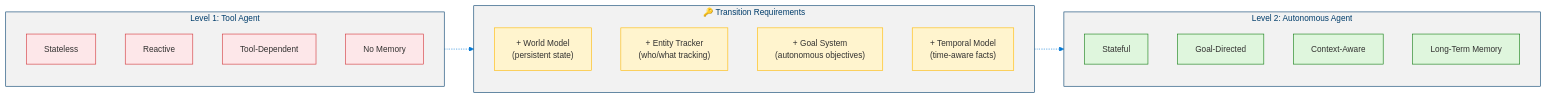
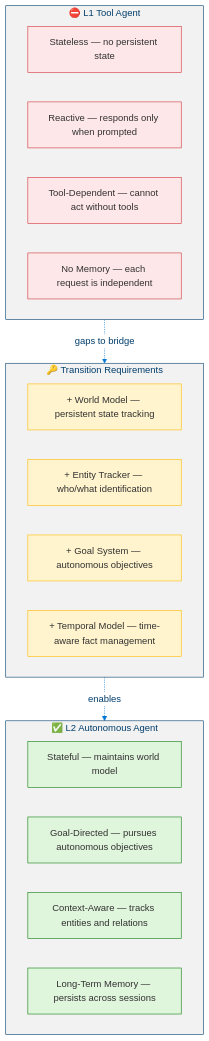
Before and after one commit to dotnetpower/mscp: the sixth of 7 diagrams in docs/levels/Level_1_Tool_Agent.md, drawn with Mermaid. The commit also changed other lines of this file and 2 other files, not shown here.

Commit message:
Enhance Mermaid diagrams in documentation by updating theme variables for improved visual consistency and clarity across Level 1, Level 2, and Level 3 architecture sections.

````diff
--- a/docs/levels/Level_1_Tool_Agent.md
+++ b/docs/levels/Level_1_Tool_Agent.md
@@ -439,34 +441,34 @@
 ```mermaid
-%%{init: {'theme': 'base', 'themeVariables': {'primaryColor': '#0078D4', 'primaryTextColor': '#003D6B', 'primaryBorderColor': '#003D6B', 'secondaryColor': '#50E6FF', 'secondaryTextColor': '#323130', 'secondaryBorderColor': '#00BCF2', 'tertiaryColor': '#F2F2F2', 'tertiaryTextColor': '#323130', 'lineColor': '#0078D4', 'textColor': '#323130', 'mainBkg': '#DEECF9', 'nodeBorder': '#0078D4', 'clusterBkg': '#F2F2F2', 'clusterBorder': '#003D6B', 'titleColor': '#003D6B', 'edgeLabelBackground': '#FFFFFF', 'fontSize': '14px'}}}%%
-flowchart LR
+%%{init: {'theme': 'base', 'themeVariables': {'primaryColor': '#0078D4', 'primaryTextColor': '#003D6B', 'primaryBorderColor': '#003D6B', 'secondaryColor': '#50E6FF', 'secondaryTextColor': '#323130', 'secondaryBorderColor': '#00BCF2', 'tertiaryColor': '#F2F2F2', 'tertiaryTextColor': '#323130', 'lineColor': '#0078D4', 'textColor': '#323130', 'mainBkg': '#DEECF9', 'nodeBorder': '#0078D4', 'clusterBkg': '#F2F2F2', 'clusterBorder': '#003D6B', 'titleColor': '#003D6B', 'edgeLabelBackground': '#FFFFFF', 'fontSize': '16px'}}}%%
+flowchart TB
   classDef danger fill:#D13438,stroke:#A4262C,color:#FFF
   classDef dangerLight fill:#FDE7E9,stroke:#D13438,color:#323130
   classDef warning fill:#FFB900,stroke:#CC9400,color:#323130
   classDef warningLight fill:#FFF4CE,stroke:#FFB900,color:#323130
   classDef success fill:#107C10,stroke:#085108,color:#FFF
   classDef successLight fill:#DFF6DD,stroke:#107C10,color:#323130
 
-  subgraph L1["Level 1: Tool Agent"]
-    A1["Stateless"]:::dangerLight
-    A2["Reactive"]:::dangerLight
-    A3["Tool-Dependent"]:::dangerLight
-    A4["No Memory"]:::dangerLight
+  subgraph L1["⛔ L1 Tool Agent"]
+    A1["Stateless — no persistent state"]:::dangerLight
+    A2["Reactive — responds only when prompted"]:::dangerLight
+    A3["Tool-Dependent — cannot act without tools"]:::dangerLight
+    A4["No Memory — each request is independent"]:::dangerLight
   end
 
   subgraph Gap["🔑 Transition Requirements"]
-    G1["+ World Model<br/>(persistent state)"]:::warningLight
-    G2["+ Entity Tracker<br/>(who/what tracking)"]:::warningLight
-    G3["+ Goal System<br/>(autonomous objectives)"]:::warningLight
-    G4["+ Temporal Model<br/>(time-aware facts)"]:::warningLight
+    G1["+ World Model — persistent state tracking"]:::warningLight
+    G2["+ Entity Tracker — who/what identification"]:::warningLight
+    G3["+ Goal System — autonomous objectives"]:::warningLight
+    G4["+ Temporal Model — time-aware fact management"]:::warningLight
   end
 
-  subgraph L2["Level 2: Autonomous Agent"]
-    B1["Stateful"]:::successLight
-    B2["Goal-Directed"]:::successLight
-    B3["Context-Aware"]:::successLight
-    B4["Long-Term Memory"]:::successLight
+  subgraph L2["✅ L2 Autonomous Agent"]
+    B1["Stateful — maintains world model"]:::successLight
+    B2["Goal-Directed — pursues autonomous objectives"]:::successLight
+    B3["Context-Aware — tracks entities and relations"]:::successLight
+    B4["Long-Term Memory — persists across sessions"]:::successLight
   end
 
-  L1 -.-> Gap
-  Gap -.-> L2
+  L1 -.->|"gaps to bridge"| Gap
+  Gap -.->|"enables"| L2
 ```
````
